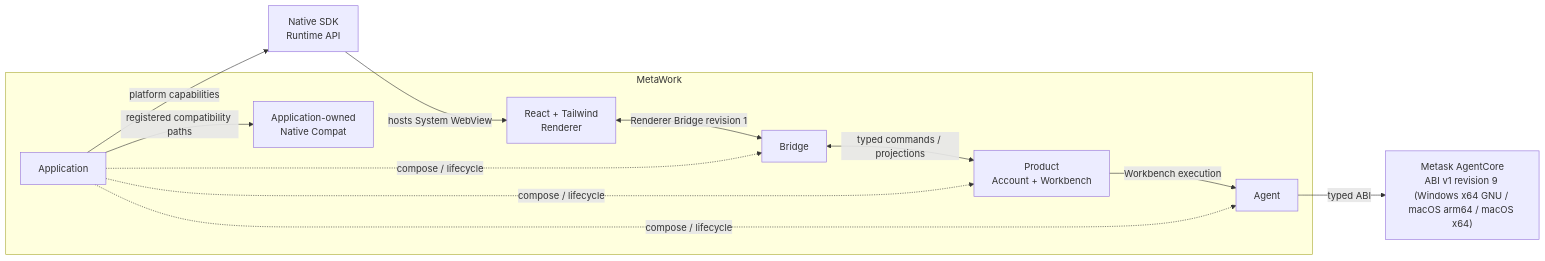
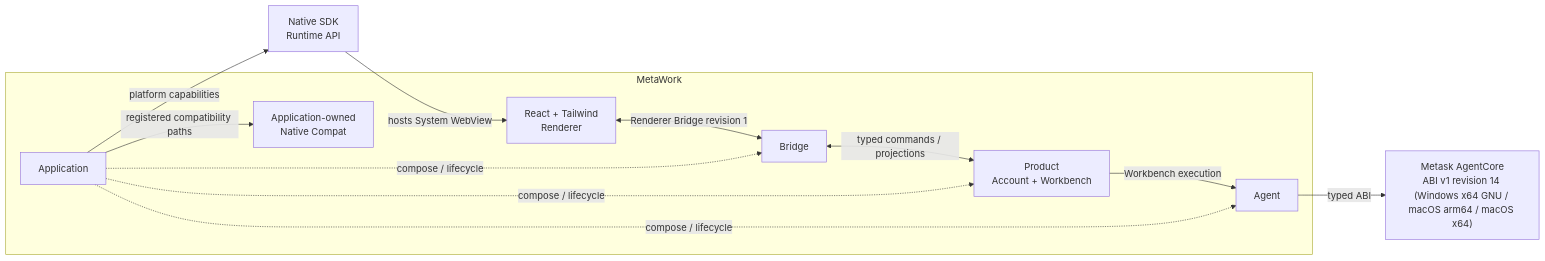
Before and after one commit to metask-ai/metawork: the diagram in README.md, drawn with Mermaid. The commit also changed other lines of this file and 11 other files, not shown here.

````diff
--- a/README.md
+++ b/README.md
@@ -7,26 +7,26 @@
 ```mermaid
 flowchart LR
     subgraph METAWORK["MetaWork"]
         RENDERER["React + Tailwind<br/>Renderer"]
         BRIDGE["Bridge"]
         PRODUCT["Product<br/>Account + Workbench"]
         AGENT["Agent"]
         APPLICATION["Application"]
         NATIVE_COMPAT["Application-owned<br/>Native Compat"]
 
         RENDERER <-->|"Renderer Bridge revision 1"| BRIDGE
         BRIDGE <-->|"typed commands / projections"| PRODUCT
         PRODUCT -->|"Workbench execution"| AGENT
 
         APPLICATION -. "compose / lifecycle" .-> BRIDGE
         APPLICATION -. "compose / lifecycle" .-> PRODUCT
         APPLICATION -. "compose / lifecycle" .-> AGENT
         APPLICATION -->|"registered compatibility paths"| NATIVE_COMPAT
     end
 
-    AGENTCORE["Metask AgentCore<br/>ABI v1 revision 9 (Windows x64 GNU / macOS arm64 / macOS x64)"]
+    AGENTCORE["Metask AgentCore<br/>ABI v1 revision 14 (Windows x64 GNU / macOS arm64 / macOS x64)"]
     NATIVE_RUNTIME["Native SDK<br/>Runtime API"]
     AGENT -->|"typed ABI"| AGENTCORE
     APPLICATION -->|"platform capabilities"| NATIVE_RUNTIME
     NATIVE_RUNTIME -->|"hosts System WebView"| RENDERER
 ```
````
